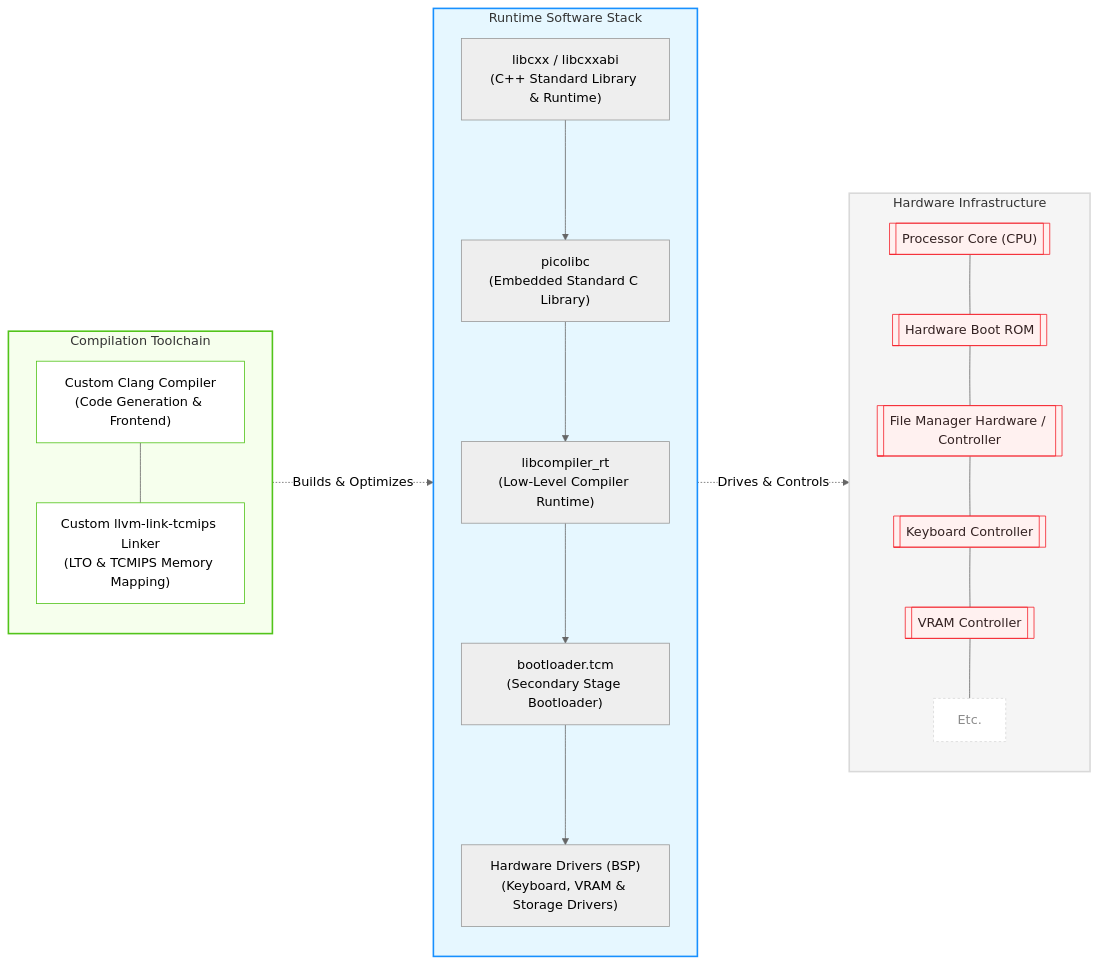
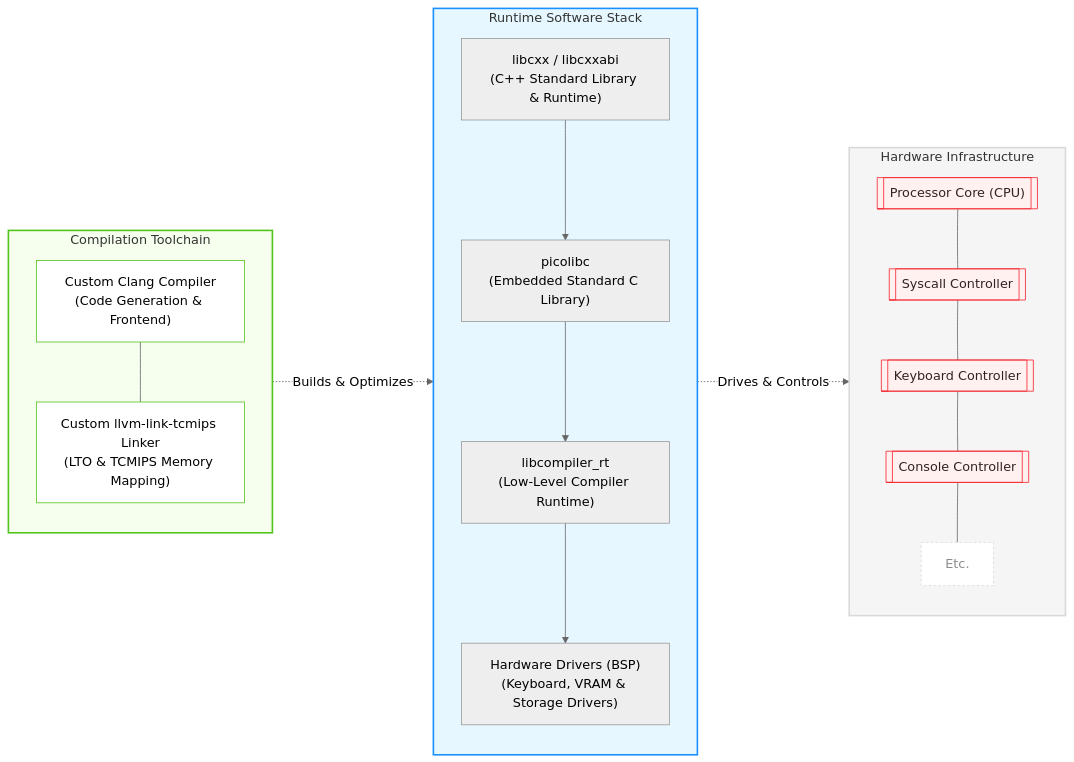
Before and after one commit to zhangjiantao/tcmips: the diagram in README.md, drawn with Mermaid. The commit also changed other lines of this file and 733 other files, not shown here.

````diff
--- a/README.md
+++ b/README.md
@@ -62,49 +66,45 @@
 ```mermaid
 %%{init: {'theme': 'neutral'}}%%
 flowchart LR
-
     subgraph HardwareBox ["Hardware Infrastructure"]
         CpuCore[["Processor Core (CPU)"]]
-        BootRom[["Hardware Boot ROM"]]
-        FileMgr[["File Manager Hardware / Controller"]]
+        Syscall[["Syscall Controller"]]
         KbdCtrl[["Keyboard Controller"]]
-        VramCtrl[["VRAM Controller"]]
+        ConCtrl[["Console Controller"]]
         HwOthers["Etc."]
 
-        CpuCore --- BootRom --- FileMgr --- KbdCtrl --- VramCtrl --- HwOthers
+        CpuCore --- Syscall --- KbdCtrl --- ConCtrl --- HwOthers
     end
 
     subgraph ToolchainBox ["Compilation Toolchain"]
         Clang["Custom Clang Compiler<br>(Code Generation & Frontend)"]
         Linker["Custom llvm-link-tcmips Linker<br>(LTO & TCMIPS Memory Mapping)"]
 
         Clang --- Linker
     end
 
     subgraph SoftwareBox ["Runtime Software Stack"]
         libcxx["libcxx / libcxxabi<br>(C++ Standard Library & Runtime)"]
         picolibc["picolibc<br>(Embedded Standard C Library)"]
         compiler_rt["libcompiler_rt<br>(Low-Level Compiler Runtime)"]
-        bootloader["bootloader.tcm<br>(Secondary Stage Bootloader)"]
         bsp_drivers["Hardware Drivers (BSP)<br>(Keyboard, VRAM & Storage Drivers)"]
 
-        libcxx ---> picolibc ---> compiler_rt ---> bootloader ---> bsp_drivers
+        libcxx ---> picolibc ---> compiler_rt ---> bsp_drivers
     end
 
     ToolchainBox -.->|Builds & Optimizes| SoftwareBox
     SoftwareBox -.->|Drives & Controls| HardwareBox
 
     style HardwareBox fill:#f5f5f5,stroke:#d9d9d9,stroke-width:2px,color:#333
     style ToolchainBox fill:#f6ffed,stroke:#52c41a,stroke-width:2px,color:#333
     style SoftwareBox fill:#e6f7ff,stroke:#1890ff,stroke-width:2px,color:#333
 
     style Clang fill:#ffffff,stroke:#52c41a,stroke-width:1px
     style Linker fill:#ffffff,stroke:#52c41a,stroke-width:1px
 
     style CpuCore fill:#fff1f0,stroke:#f5222d,color:#322
-    style BootRom fill:#fff1f0,stroke:#f5222d,color:#322
-    style FileMgr fill:#fff1f0,stroke:#f5222d,color:#322
+    style Syscall fill:#fff1f0,stroke:#f5222d,color:#322
     style KbdCtrl fill:#fff1f0,stroke:#f5222d,color:#322
-    style VramCtrl fill:#fff1f0,stroke:#f5222d,color:#322
+    style ConCtrl fill:#fff1f0,stroke:#f5222d,color:#322
     style HwOthers fill:#ffffff,stroke:#d9d9d9,stroke-dasharray: 3 3,color:#8c8c8c
 ```
````
